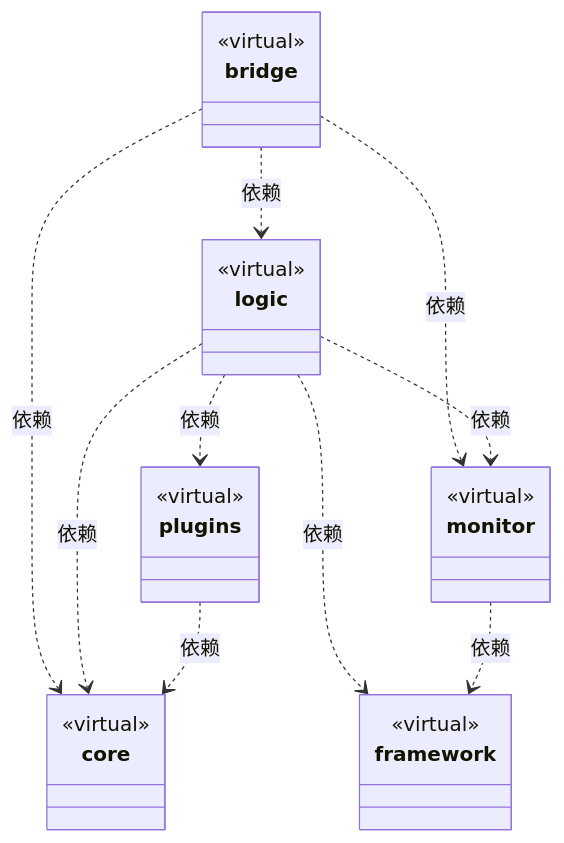
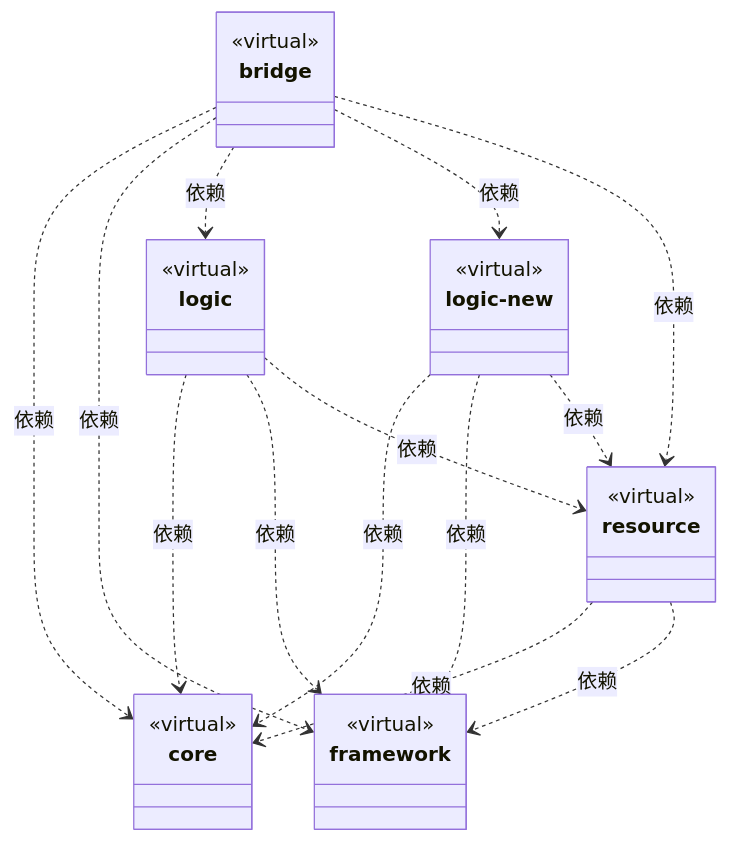
One commit to nan023062/cbim changed the first of 2 diagrams in src/ARCHITECTURE.md. Above: the diagram before and after it, drawn with Mermaid. The commit also changed other lines of this file and 374 other files, not shown here.

````diff
--- a/src/ARCHITECTURE.md
+++ b/src/ARCHITECTURE.md
@@ -31,36 +31,40 @@
 ```mermaid
 classDiagram
-class N_8ad7653761f5["logic"] {
-  <<virtual>>
-}
-click N_8ad7653761f5 href "logic/ARCHITECTURE.md"
 class N_22a9dc163407["bridge"] {
   <<virtual>>
 }
 click N_22a9dc163407 href "bridge/ARCHITECTURE.md"
 class N_2ac6ecef0e06["core"] {
   <<virtual>>
 }
 click N_2ac6ecef0e06 href "core/ARCHITECTURE.md"
 class N_2a213dc873da["framework"] {
   <<virtual>>
 }
 click N_2a213dc873da href "framework/ARCHITECTURE.md"
-class N_1efd411ed272["monitor"] {
+class N_8ad7653761f5["logic"] {
   <<virtual>>
 }
-click N_1efd411ed272 href "monitor/ARCHITECTURE.md"
-class N_9ea79ac20c37["plugins"] {
+click N_8ad7653761f5 href "logic/ARCHITECTURE.md"
+class N_9a23854b4d79["logic-new"] {
   <<virtual>>
 }
-click N_9ea79ac20c37 href "plugins/ARCHITECTURE.md"
+click N_9a23854b4d79 href "logic-new/ARCHITECTURE.md"
+class N_212574dc93ac["resource"] {
+  <<virtual>>
+}
+click N_212574dc93ac href "resource/ARCHITECTURE.md"
 N_22a9dc163407 ..> N_2ac6ecef0e06 : 依赖
+N_22a9dc163407 ..> N_2a213dc873da : 依赖
 N_22a9dc163407 ..> N_8ad7653761f5 : 依赖
-N_22a9dc163407 ..> N_1efd411ed272 : 依赖
+N_22a9dc163407 ..> N_9a23854b4d79 : 依赖
+N_22a9dc163407 ..> N_212574dc93ac : 依赖
 N_8ad7653761f5 ..> N_2ac6ecef0e06 : 依赖
 N_8ad7653761f5 ..> N_2a213dc873da : 依赖
-N_8ad7653761f5 ..> N_1efd411ed272 : 依赖
-N_8ad7653761f5 ..> N_9ea79ac20c37 : 依赖
-N_1efd411ed272 ..> N_2a213dc873da : 依赖
-N_9ea79ac20c37 ..> N_2ac6ecef0e06 : 依赖
+N_8ad7653761f5 ..> N_212574dc93ac : 依赖
+N_9a23854b4d79 ..> N_2ac6ecef0e06 : 依赖
+N_9a23854b4d79 ..> N_2a213dc873da : 依赖
+N_9a23854b4d79 ..> N_212574dc93ac : 依赖
+N_212574dc93ac ..> N_2ac6ecef0e06 : 依赖
+N_212574dc93ac ..> N_2a213dc873da : 依赖
 ```
````
